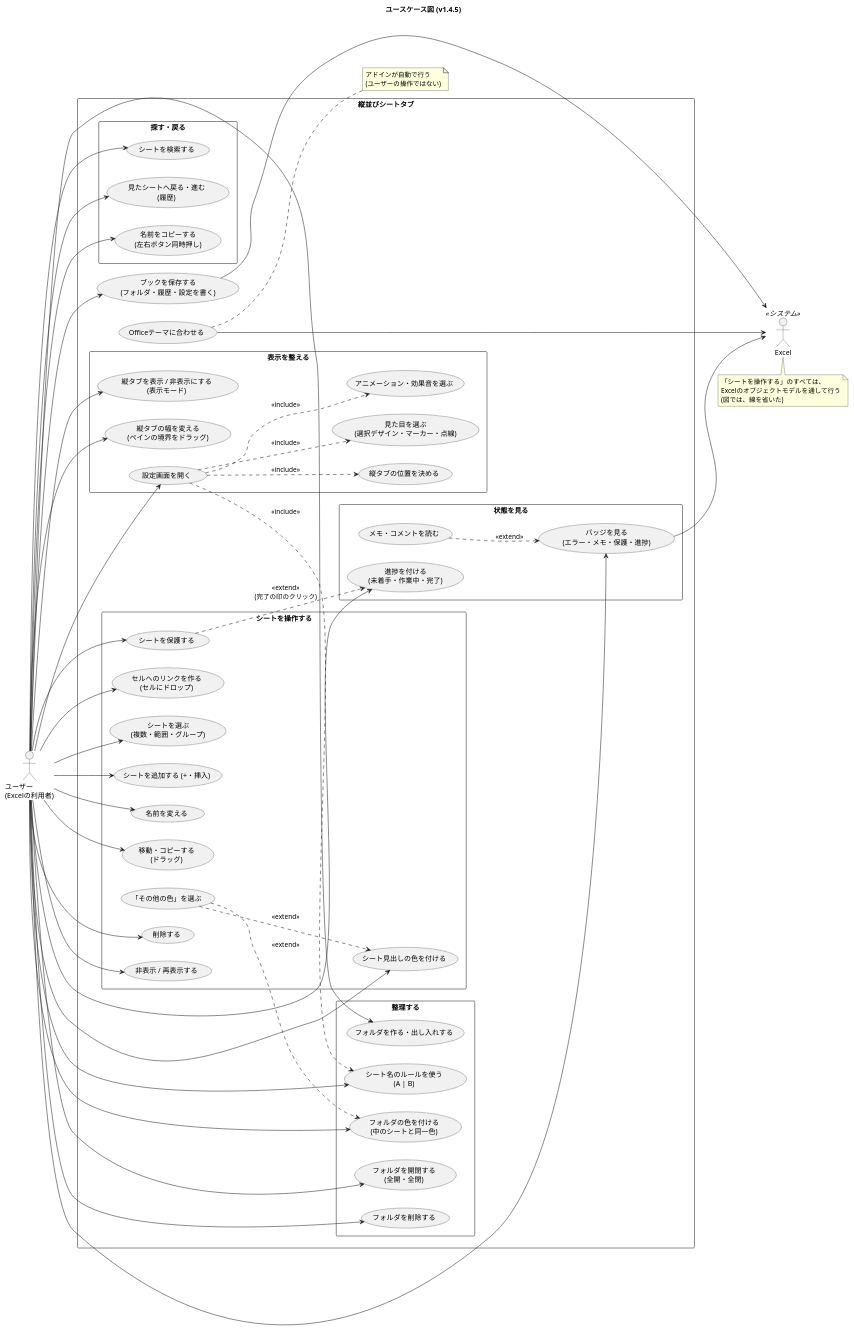
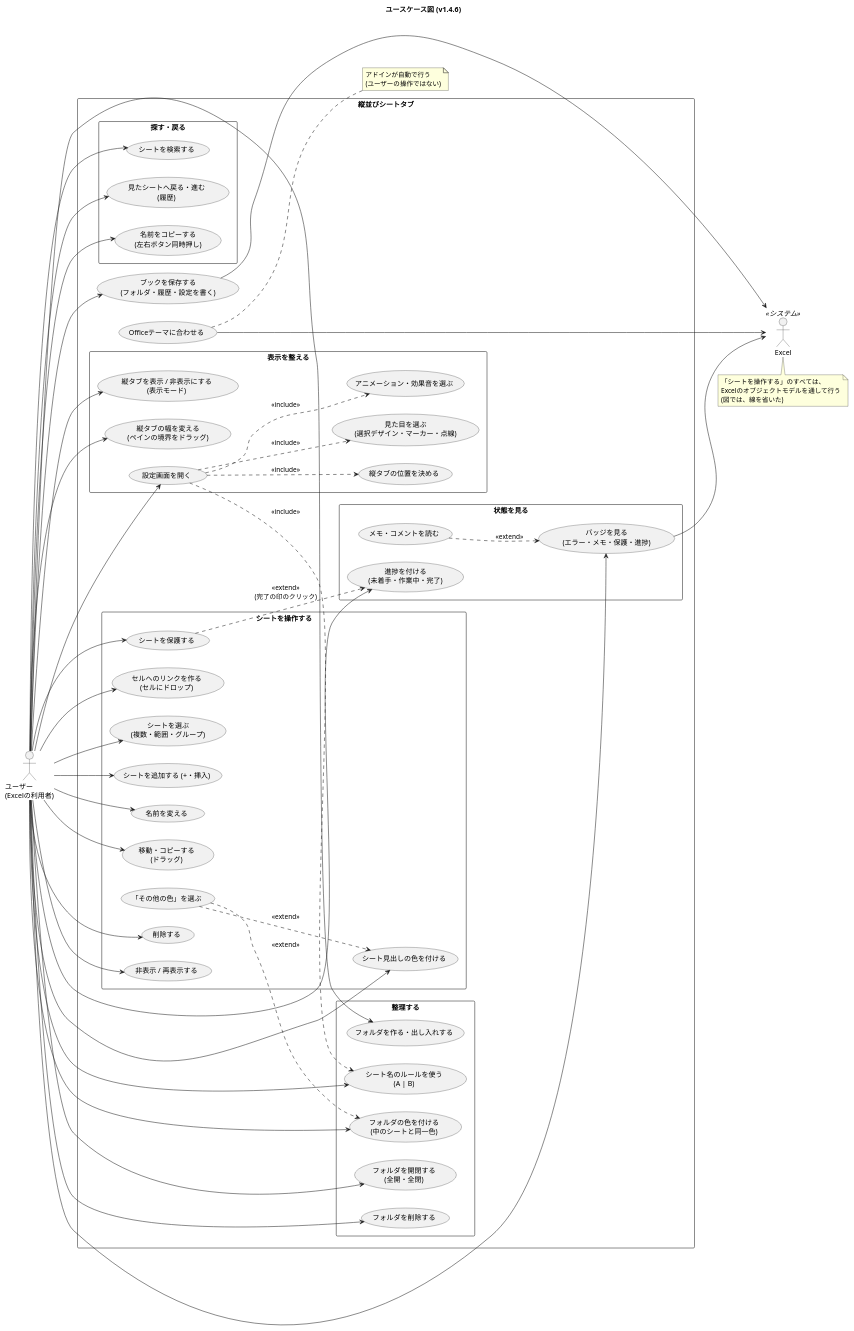
One commit to nk-taka623/VerticalSheetTabs changed the diagram in docs/usecase.puml. Above: the diagram before and after it, drawn with PlantUML. The commit also changed 14 other files, not shown here.

Commit message:
v1.4.6 にする (バージョン、README の変更点、設計図の版数)

```diff
--- a/docs/usecase.puml
+++ b/docs/usecase.puml
@@ -1,105 +1,105 @@
 @startuml
-title ユースケース図 (v1.4.5)
+title ユースケース図 (v1.4.6)
 left to right direction
 skinparam shadowing false
 skinparam packageStyle rectangle
 
 actor "ユーザー\n(Excelの利用者)" as U
 actor "Excel" as XL <<システム>>
 
 rectangle "縦並びシートタブ" {
 
   package "シートを操作する" {
     usecase "シートを選ぶ\n(複数・範囲・グループ)" as UC_SEL
     usecase "シートを追加する (+・挿入)" as UC_ADD
     usecase "名前を変える" as UC_REN
     usecase "移動・コピーする\n(ドラッグ)" as UC_MOVE
     usecase "削除する" as UC_DEL
     usecase "非表示 / 再表示する" as UC_HIDE
     usecase "シート見出しの色を付ける" as UC_COLOR
     usecase "「その他の色」を選ぶ" as UC_MORE
     usecase "シートを保護する" as UC_PROT
     usecase "セルへのリンクを作る\n(セルにドロップ)" as UC_LINK
   }
 
   package "整理する" {
     usecase "フォルダを作る・出し入れする" as UC_FOLDER
     usecase "フォルダを開閉する\n(全開・全閉)" as UC_TOGGLE
     usecase "フォルダの色を付ける\n(中のシートと同一色)" as UC_FCOLOR
     usecase "フォルダを削除する" as UC_FDEL
     usecase "シート名のルールを使う\n(A | B)" as UC_RULE
   }
 
   package "探す・戻る" {
     usecase "シートを検索する" as UC_SEARCH
     usecase "見たシートへ戻る・進む\n(履歴)" as UC_HIST
     usecase "名前をコピーする\n(左右ボタン同時押し)" as UC_COPY
   }
 
   package "状態を見る" {
     usecase "バッジを見る\n(エラー・メモ・保護・進捗)" as UC_BADGE
     usecase "メモ・コメントを読む" as UC_MEMO
     usecase "進捗を付ける\n(未着手・作業中・完了)" as UC_PROG
   }
 
   package "表示を整える" {
     usecase "縦タブを表示 / 非表示にする\n(表示モード)" as UC_MODE
     usecase "縦タブの位置を決める" as UC_SIDE
     usecase "縦タブの幅を変える\n(ペインの境界をドラッグ)" as UC_WIDTH
     usecase "設定画面を開く" as UC_SET
     usecase "見た目を選ぶ\n(選択デザイン・マーカー・点線)" as UC_LOOK
     usecase "アニメーション・効果音を選ぶ" as UC_ANIM
   }
 
   usecase "ブックを保存する\n(フォルダ・履歴・設定を書く)" as UC_SAVE
   usecase "Officeテーマに合わせる" as UC_THEME
 }
 
 U --> UC_SEL
 U --> UC_ADD
 U --> UC_REN
 U --> UC_MOVE
 U --> UC_DEL
 U --> UC_HIDE
 U --> UC_COLOR
 U --> UC_PROT
 U --> UC_LINK
 U --> UC_FOLDER
 U --> UC_TOGGLE
 U --> UC_FCOLOR
 U --> UC_FDEL
 U --> UC_RULE
 U --> UC_SEARCH
 U --> UC_HIST
 U --> UC_COPY
 U --> UC_BADGE
 U --> UC_PROG
 U --> UC_MODE
 U --> UC_WIDTH
 U --> UC_SET
 U --> UC_SAVE
 
 UC_MORE ..> UC_COLOR : <<extend>>
 UC_MORE ..> UC_FCOLOR : <<extend>>
 UC_MEMO ..> UC_BADGE : <<extend>>
 UC_PROT ..> UC_PROG : <<extend>>\n(完了の印のクリック)
 UC_SET ..> UC_SIDE : <<include>>
 UC_SET ..> UC_LOOK : <<include>>
 UC_SET ..> UC_ANIM : <<include>>
 UC_SET ..> UC_RULE : <<include>>
 
 UC_SAVE --> XL
 UC_THEME --> XL
 UC_BADGE --> XL
 
 note bottom of XL
   「シートを操作する」のすべては、
   Excelのオブジェクトモデルを通して行う
   (図では、線を省いた)
 end note
 
 note right of UC_THEME
   アドインが自動で行う
   (ユーザーの操作ではない)
 end note
 @enduml
```
